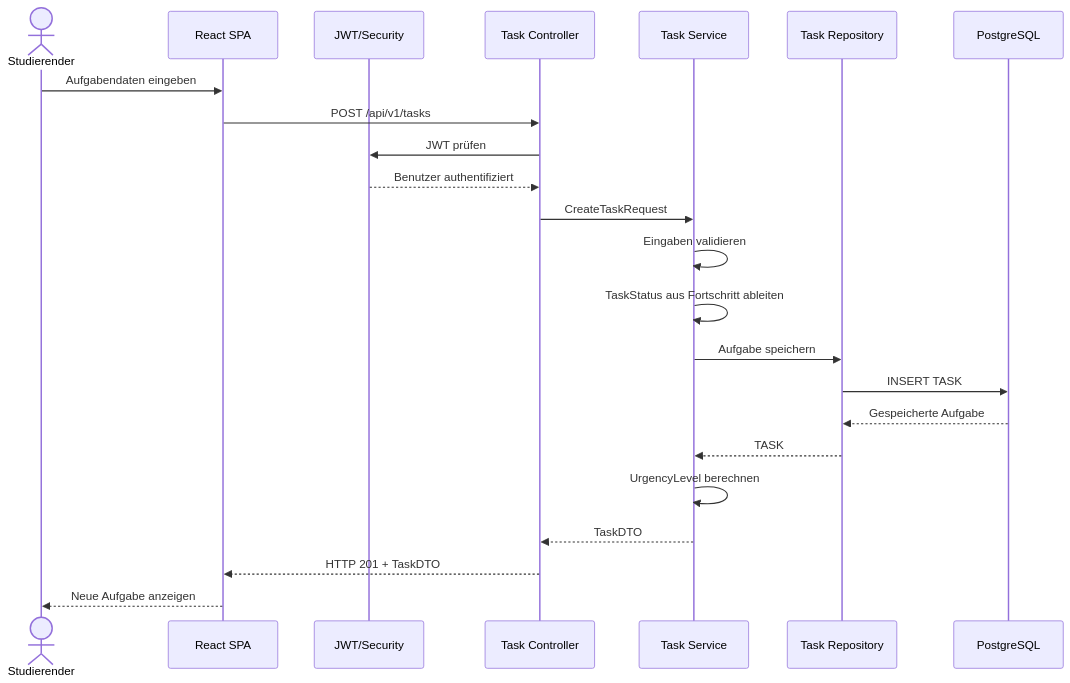
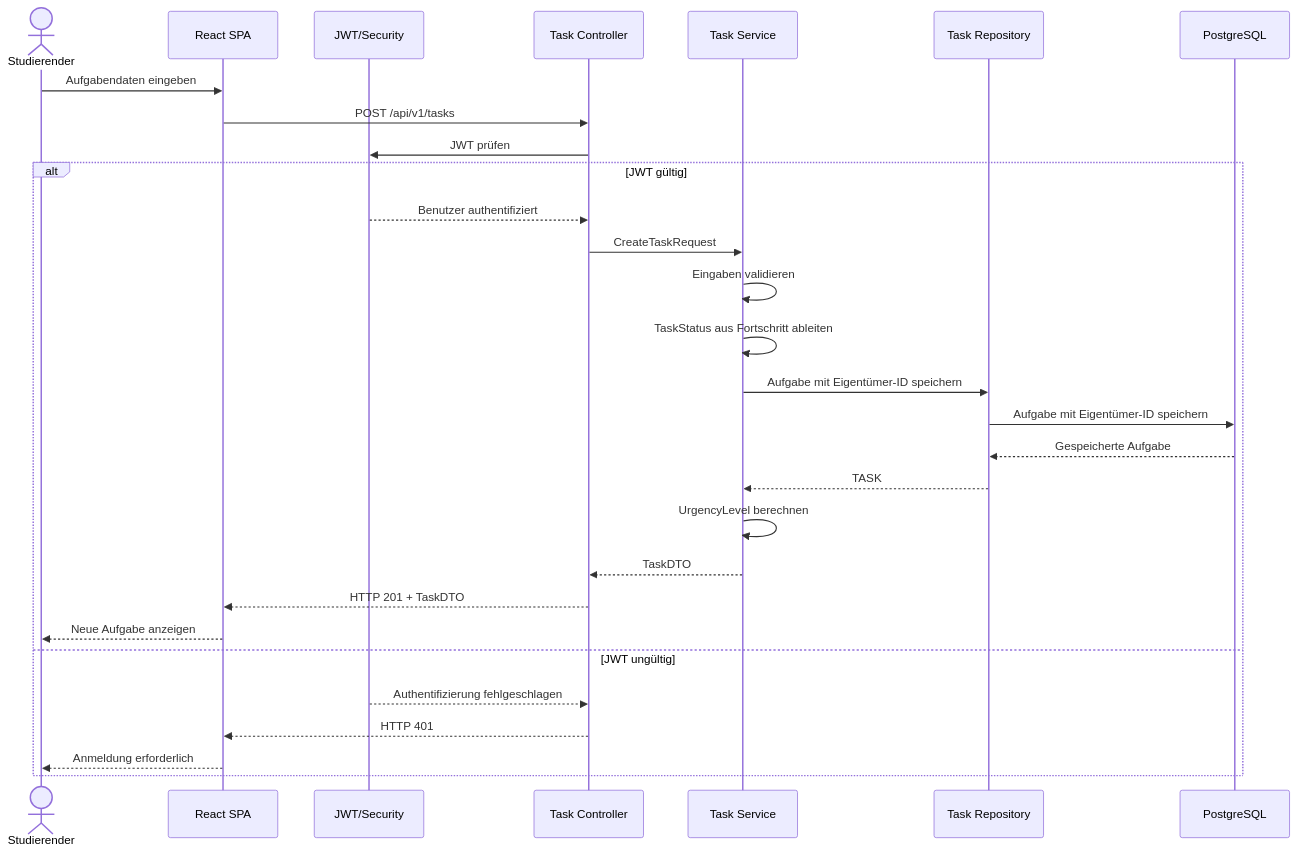
The second of 5 diagrams in arch/06-laufzeitsicht.md (nura203/wk1106-wirtschaftsinformatik-projekt-1), drawn with Mermaid before and after one commit. The commit also changed other lines of this file, not shown here.

````diff
--- a/arch/06-laufzeitsicht.md
+++ b/arch/06-laufzeitsicht.md
@@ -56,26 +66,32 @@
 ```mermaid
 sequenceDiagram
     actor Nutzer as Studierender
     participant Frontend as React SPA
     participant Security as JWT/Security
     participant Controller as Task Controller
     participant Service as Task Service
     participant Repo as Task Repository
     participant DB as PostgreSQL
 
     Nutzer->>Frontend: Aufgabendaten eingeben
     Frontend->>Controller: POST /api/v1/tasks
     Controller->>Security: JWT prüfen
+    alt JWT gültig
     Security-->>Controller: Benutzer authentifiziert
     Controller->>Service: CreateTaskRequest
     Service->>Service: Eingaben validieren
     Service->>Service: TaskStatus aus Fortschritt ableiten
-    Service->>Repo: Aufgabe speichern
-    Repo->>DB: INSERT TASK
+    Service->>Repo: Aufgabe mit Eigentümer-ID speichern
+    Repo->>DB: Aufgabe mit Eigentümer-ID speichern
     DB-->>Repo: Gespeicherte Aufgabe
     Repo-->>Service: TASK
     Service->>Service: UrgencyLevel berechnen
     Service-->>Controller: TaskDTO
     Controller-->>Frontend: HTTP 201 + TaskDTO
     Frontend-->>Nutzer: Neue Aufgabe anzeigen
+else JWT ungültig
+    Security-->>Controller: Authentifizierung fehlgeschlagen
+    Controller-->>Frontend: HTTP 401
+    Frontend-->>Nutzer: Anmeldung erforderlich
+end
 ```
````
